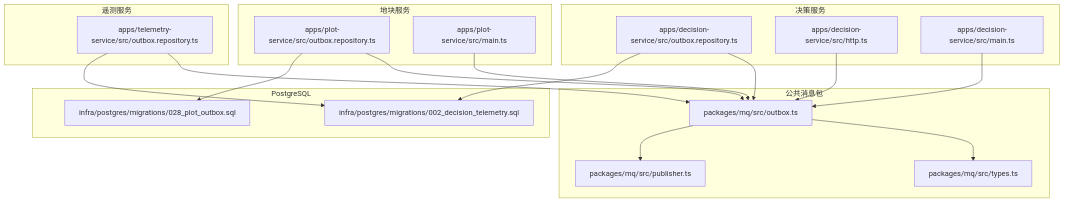
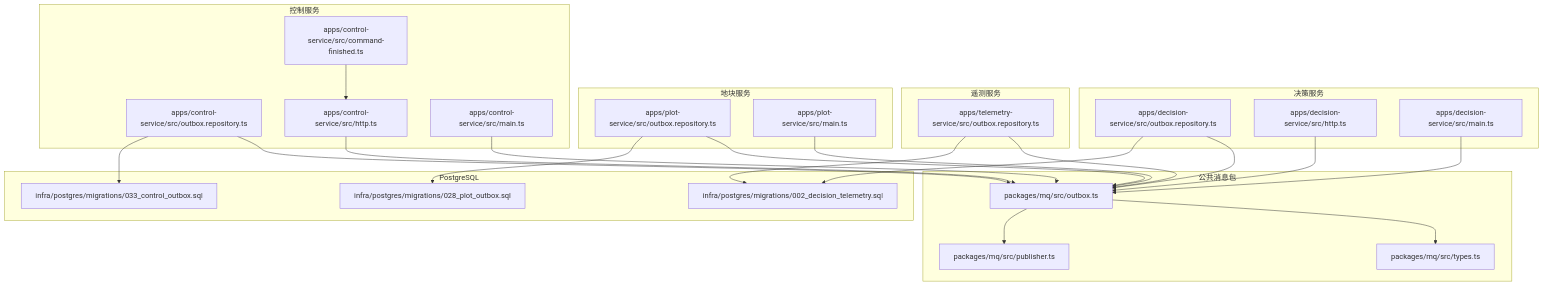
Before and after one commit to q446328246/agri-platform: the first of 6 diagrams in .qoder/repowiki/zh/content/架构设计/事件驱动架构/本地消息表模式.md, drawn with Mermaid. The commit also changed other lines of this file and 35 other files, not shown here.

````diff
--- a/.qoder/repowiki/zh/content/架构设计/事件驱动架构/本地消息表模式.md
+++ b/.qoder/repowiki/zh/content/架构设计/事件驱动架构/本地消息表模式.md
@@ -56,35 +63,47 @@
 ```mermaid
 graph TB
 subgraph "公共消息包"
 MQ_OUTBOX["packages/mq/src/outbox.ts"]
 MQ_TYPES["packages/mq/src/types.ts"]
 MQ_PUB["packages/mq/src/publisher.ts"]
 end
 subgraph "决策服务"
 DEC_REPO["apps/decision-service/src/outbox.repository.ts"]
 DEC_HTTP["apps/decision-service/src/http.ts"]
 DEC_MAIN["apps/decision-service/src/main.ts"]
 end
 subgraph "遥测服务"
 TEL_REPO["apps/telemetry-service/src/outbox.repository.ts"]
 end
 subgraph "地块服务"
 PLOT_REPO["apps/plot-service/src/outbox.repository.ts"]
 PLOT_MAIN["apps/plot-service/src/main.ts"]
 end
+subgraph "控制服务"
+CTRL_REPO["apps/control-service/src/outbox.repository.ts"]
+CTRL_HTTP["apps/control-service/src/http.ts"]
+CTRL_MAIN["apps/control-service/src/main.ts"]
+CTRL_FINISHED["apps/control-service/src/command-finished.ts"]
+end
 subgraph "PostgreSQL"
 MIGRATION_DEC["infra/postgres/migrations/002_decision_telemetry.sql"]
 MIGRATION_PLOT["infra/postgres/migrations/028_plot_outbox.sql"]
+MIGRATION_CTRL["infra/postgres/migrations/033_control_outbox.sql"]
 end
 MQ_OUTBOX --> MQ_TYPES
 MQ_OUTBOX --> MQ_PUB
 DEC_REPO --> MQ_OUTBOX
 TEL_REPO --> MQ_OUTBOX
 PLOT_REPO --> MQ_OUTBOX
+CTRL_REPO --> MQ_OUTBOX
 DEC_HTTP --> MQ_OUTBOX
 DEC_MAIN --> MQ_OUTBOX
 PLOT_MAIN --> MQ_OUTBOX
+CTRL_HTTP --> MQ_OUTBOX
+CTRL_MAIN --> MQ_OUTBOX
+CTRL_FINISHED --> CTRL_HTTP
 DEC_REPO --> MIGRATION_DEC
 TEL_REPO --> MIGRATION_DEC
 PLOT_REPO --> MIGRATION_PLOT
+CTRL_REPO --> MIGRATION_CTRL
 ```
````
